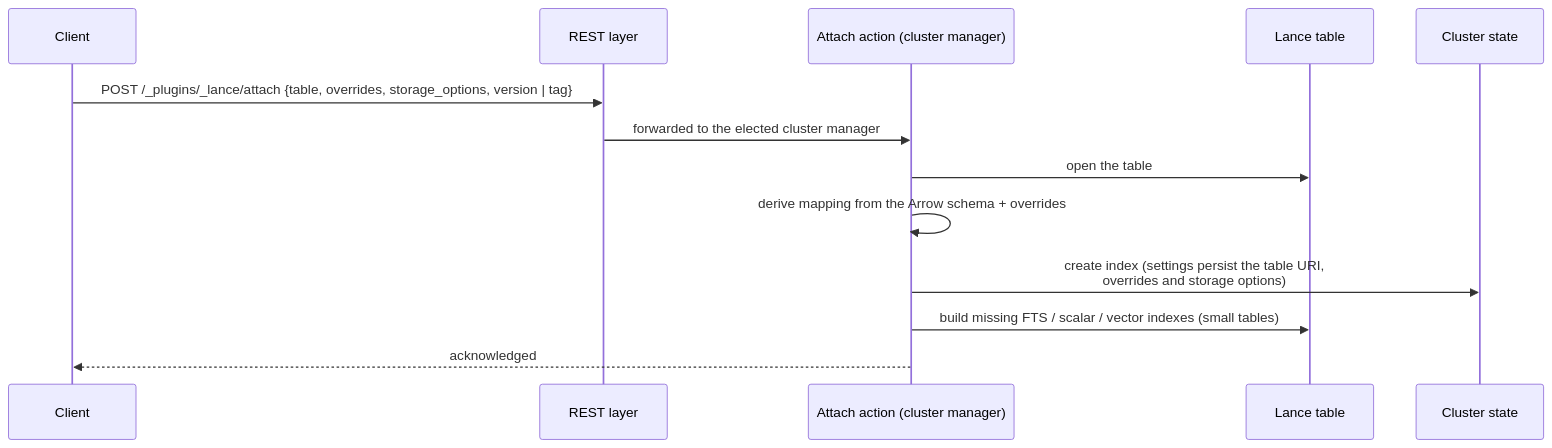
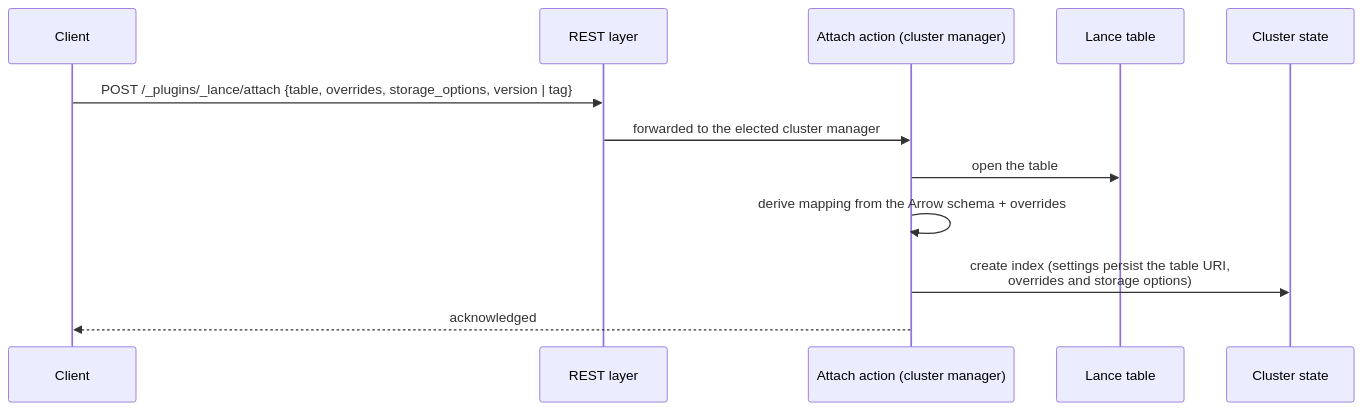
The second of 5 diagrams in docs/architecture.md (lawofcycles/lance-opensearch), drawn with Mermaid before and after one commit. The commit also changed other lines of this file and 5 other files, not shown here.

````diff
--- a/docs/architecture.md
+++ b/docs/architecture.md
@@ -190,15 +190,14 @@
 ```mermaid
 sequenceDiagram
     participant C as Client
     participant R as REST layer
     participant A as Attach action (cluster manager)
     participant L as Lance table
     participant CS as Cluster state
     C->>R: POST /_plugins/_lance/attach {table, overrides, storage_options, version | tag}
     R->>A: forwarded to the elected cluster manager
     A->>L: open the table
     A->>A: derive mapping from the Arrow schema + overrides
     A->>CS: create index (settings persist the table URI,<br/>overrides and storage options)
-    A->>L: build missing FTS / scalar / vector indexes (small tables)
     A-->>C: acknowledged
 ```
````
